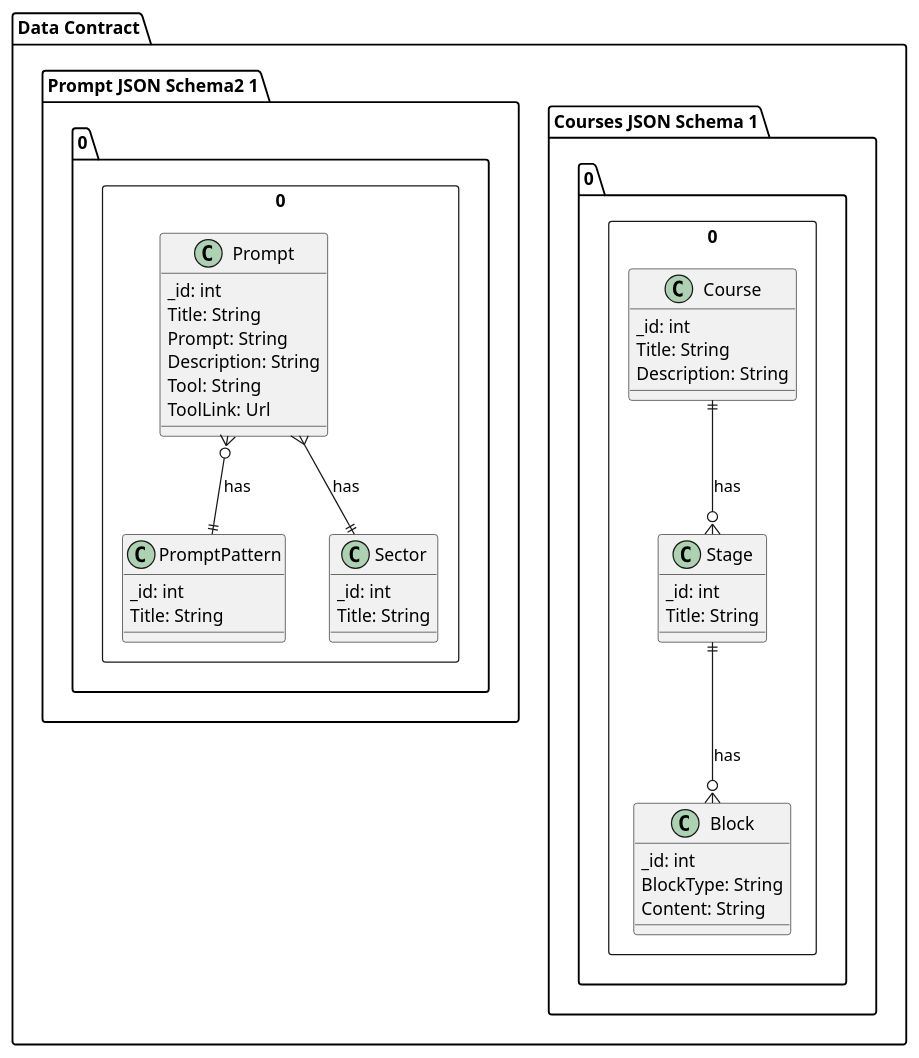
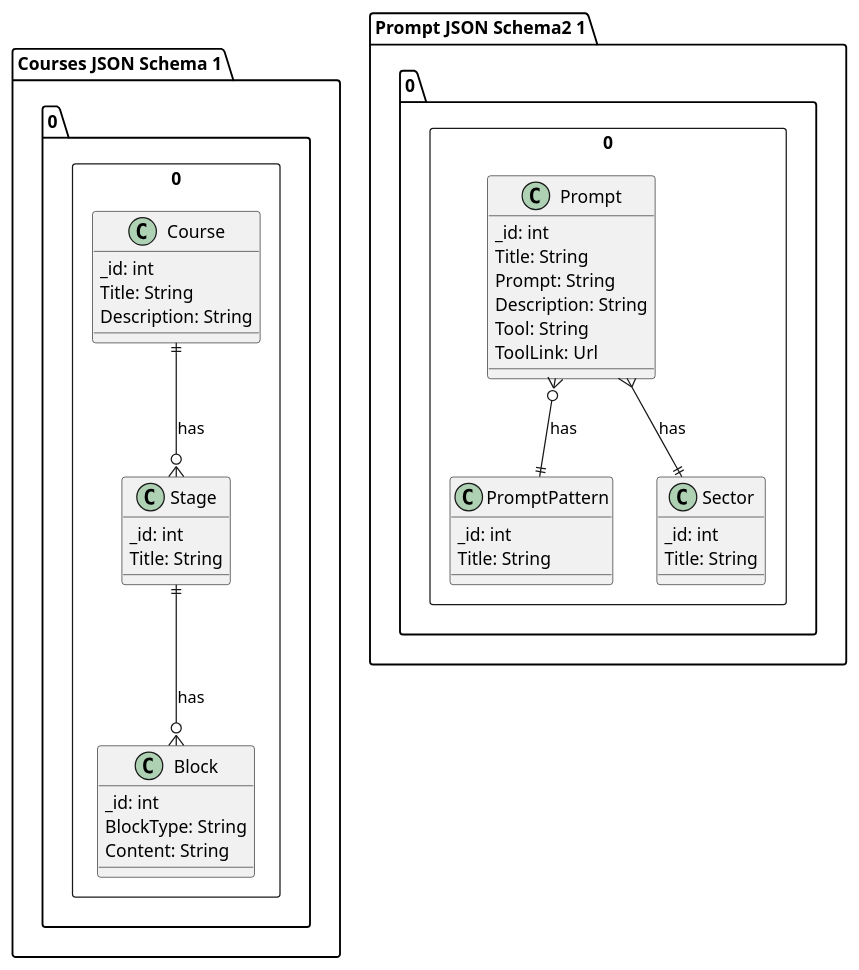
One commit to Windesheim-AI/UML-diagrams changed the diagram in tdd/datacontract.puml. Above: the diagram before and after it, drawn with PlantUML.

Commit message:
fix: :bug: Fix

```diff
--- a/tdd/datacontract.puml
+++ b/tdd/datacontract.puml
@@ -1,50 +1,48 @@
 @startuml
-package "Data Contract" as DC{
 package "Courses JSON Schema 1.0.0" <<Rectangle>> {
     class Course {
         _id: int
         Title: String
         Description: String
     }
 
     class Stage {
         _id: int
         Title: String
     }
 
     class Block{
         _id: int
         BlockType: String
         Content: String
     }
 
     Course ||--o{ Stage : has
     Stage ||--o{ Block : has
 }
 
 package "Prompt JSON Schema2 1.0.0" <<Rectangle>> {
     class Prompt {
         _id: int
         Title: String
         Prompt: String
         Description: String
         Tool: String
         ToolLink: Url
     }
 
     class PromptPattern {
         _id: int
         Title: String
     }
 
     class Sector {
         _id: int
         Title: String
     }
 
     Prompt }o--|| PromptPattern : has
     Prompt }--|| Sector : has
 }
-}
 
 @enduml
```
